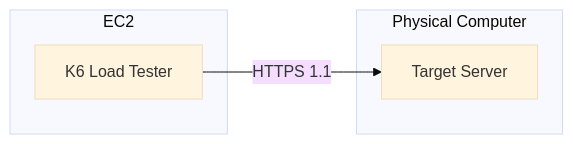
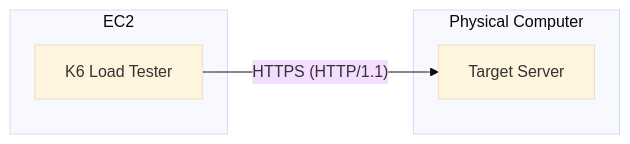
The first of 4 diagrams in _posts/2025-05-07-load-testing.md (skykhs3/skykhs3.github.io), drawn with Mermaid (base theme) before and after one commit. The commit also changed other lines of this file, not shown here.

````diff
--- a/_posts/2025-05-07-load-testing.md
+++ b/_posts/2025-05-07-load-testing.md
@@ -25,12 +25,12 @@
 ```mermaid
 graph LR
     subgraph EC2
         K6[K6 Load Tester]
     end
 
-    K6 --> |HTTPS 1.1| Target[Target Server]
+    K6 --> |"HTTPS (HTTP/1.1)"| Target[Target Server]
     
     subgraph Physical Computer
         Target
     end
 ```
````
